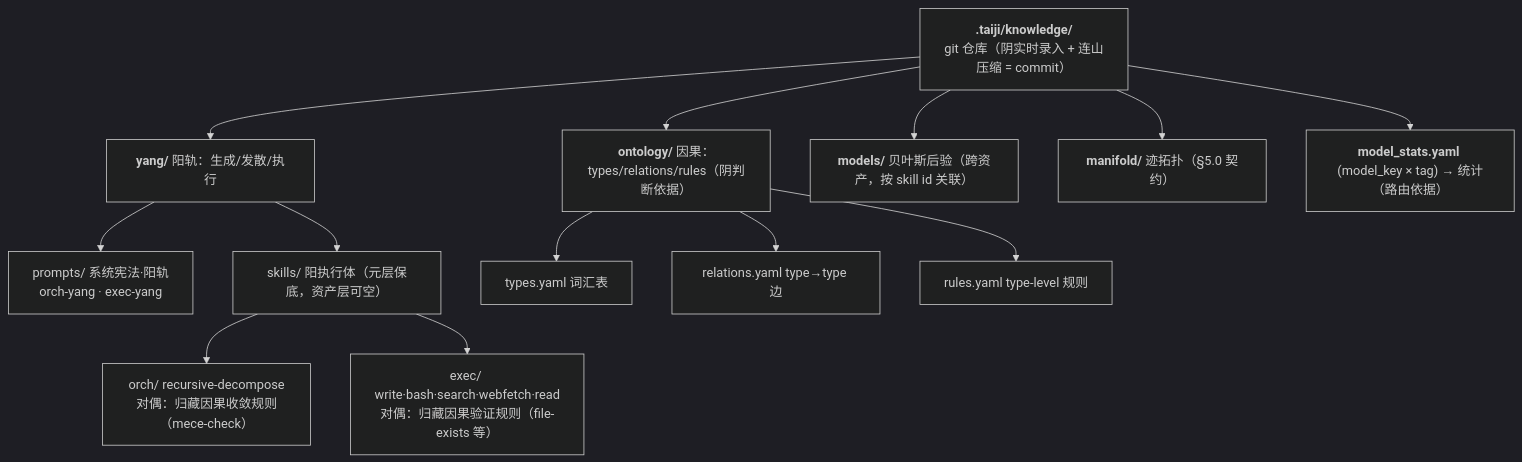
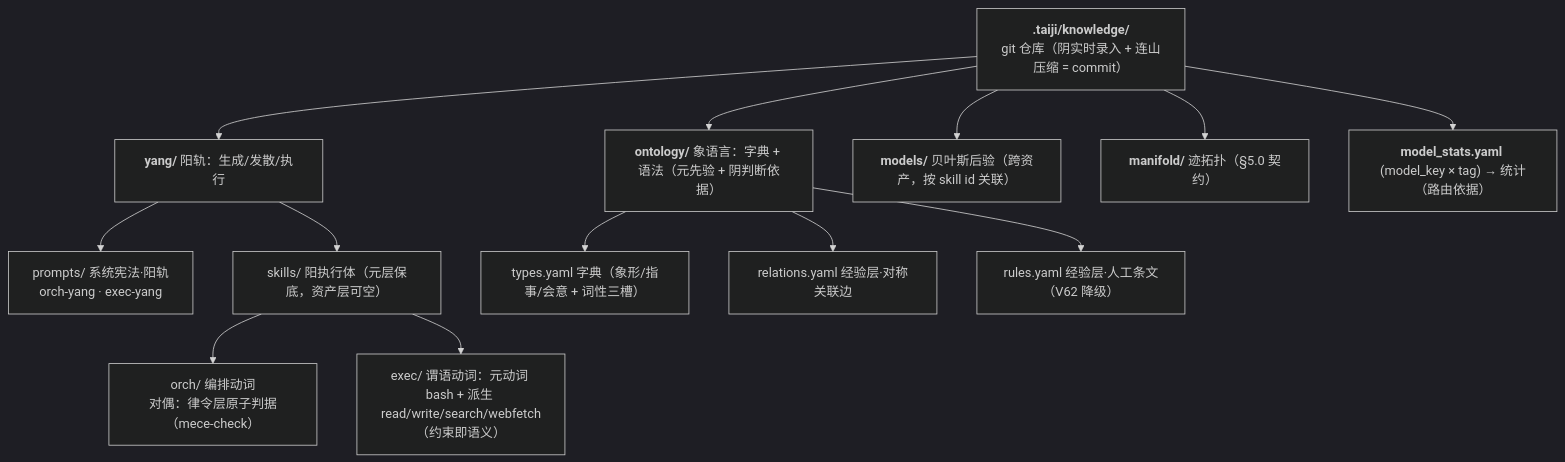
One commit to wenge6090-tech/taiji changed diagram 18 of 19 in Blueprint.md. Above: the diagram before and after it, drawn with Mermaid (dark theme). The commit also changed other lines of this file and 17 other files, not shown here.

````diff
--- a/Blueprint.md
+++ b/Blueprint.md
@@ -1015,16 +1216,16 @@
 ```mermaid
 flowchart TD
     K["<b>.taiji/knowledge/</b><br/>git 仓库（阴实时录入 + 连山压缩 = commit）"]
     K --> YANG["<b>yang/</b> 阳轨：生成/发散/执行"]
-    K --> ONT["<b>ontology/</b> 因果：types/relations/rules（阴判断依据）"]
+    K --> ONT["<b>ontology/</b> 象语言：字典 + 语法（元先验 + 阴判断依据）"]
     K --> MODELS["<b>models/</b> 贝叶斯后验（跨资产，按 skill id 关联）"]
     K --> MANIFOLD["<b>manifold/</b> 迹拓扑（§5.0 契约）"]
     K --> MS["<b>model_stats.yaml</b> (model_key × tag) → 统计（路由依据）"]
     YANG --> YP["prompts/ 系统宪法·阳轨<br/>orch-yang · exec-yang"]
     YANG --> YS["skills/ 阳执行体（元层保底，资产层可空）"]
-    YS --> ORCH["orch/ recursive-decompose<br/>对偶：归藏因果收敛规则（mece-check）"]
-    YS --> EXEC["exec/ write·bash·search·webfetch·read<br/>对偶：归藏因果验证规则（file-exists 等）"]
-    ONT --> TYPES["types.yaml 词汇表"]
-    ONT --> REL["relations.yaml type→type 边"]
-    ONT --> RUL["rules.yaml type-level 规则"]
+    YS --> ORCH["orch/ 编排动词<br/>对偶：律令层原子判据（mece-check）"]
+    YS --> EXEC["exec/ 谓语动词：元动词 bash + 派生 read/write/search/webfetch<br/>（约束即语义）"]
+    ONT --> TYPES["types.yaml 字典（象形/指事/会意 + 词性三槽）"]
+    ONT --> REL["relations.yaml 经验层·对称关联边"]
+    ONT --> RUL["rules.yaml 经验层·人工条文（V62 降级）"]
 ```
````
